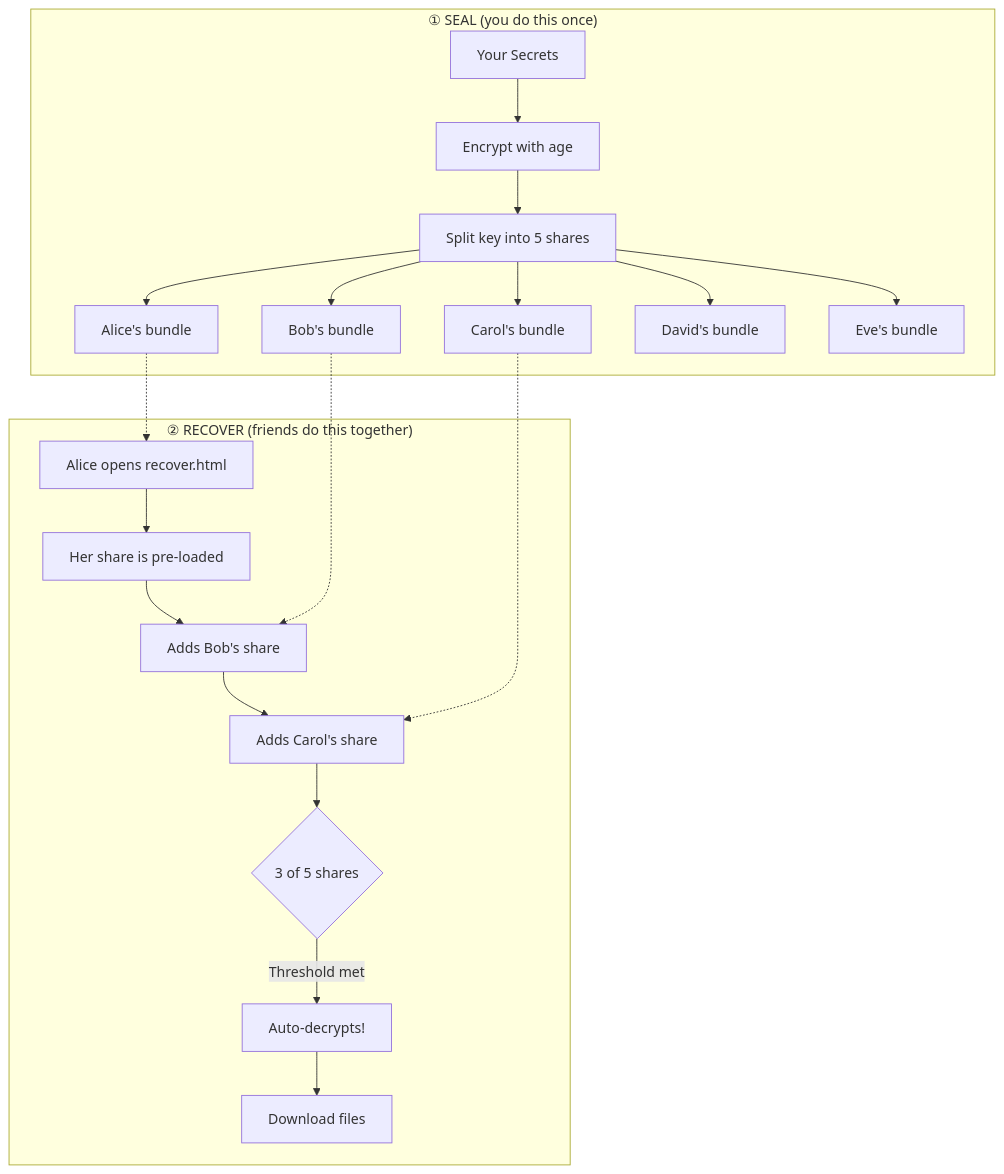
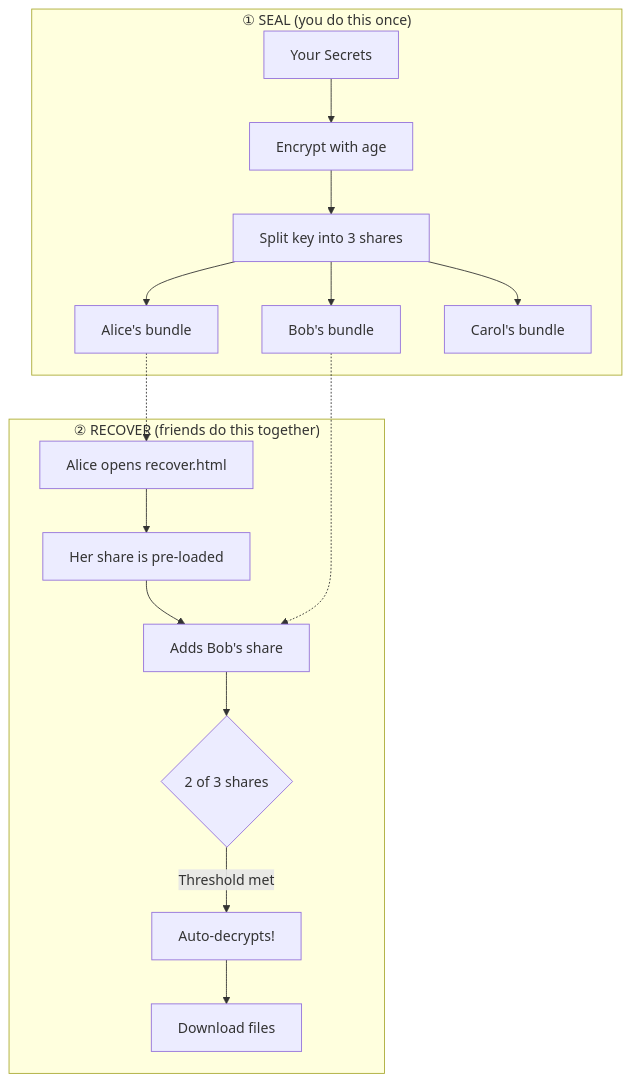
Before and after one commit to vnykmshr/rememory: the diagram in README.md, drawn with Mermaid. The commit also changed other lines of this file, not shown here.

Commit message:
Update README to match demo bundles

````diff
--- a/README.md
+++ b/README.md
@@ -15,25 +15,21 @@
 ```mermaid
 graph TB
     subgraph seal["① SEAL (you do this once)"]
         A[Your Secrets] --> B[Encrypt with age]
-        B --> C[Split key into 5 shares]
+        B --> C[Split key into 3 shares]
         C --> D1[Alice's bundle]
         C --> D2[Bob's bundle]
         C --> D3[Carol's bundle]
-        C --> D4[David's bundle]
-        C --> D5[Eve's bundle]
     end
 
     subgraph recover["② RECOVER (friends do this together)"]
         R1[Alice opens recover.html] --> R2[Her share is pre-loaded]
         R2 --> R3[Adds Bob's share]
-        R3 --> R4[Adds Carol's share]
-        R4 --> R5{3 of 5 shares}
+        R3 --> R5{2 of 3 shares}
         R5 -->|Threshold met| R6[Auto-decrypts!]
         R6 --> R7[Download files]
     end
 
     D1 -.-> R1
     D2 -.-> R3
-    D3 -.-> R4
 ```
````
